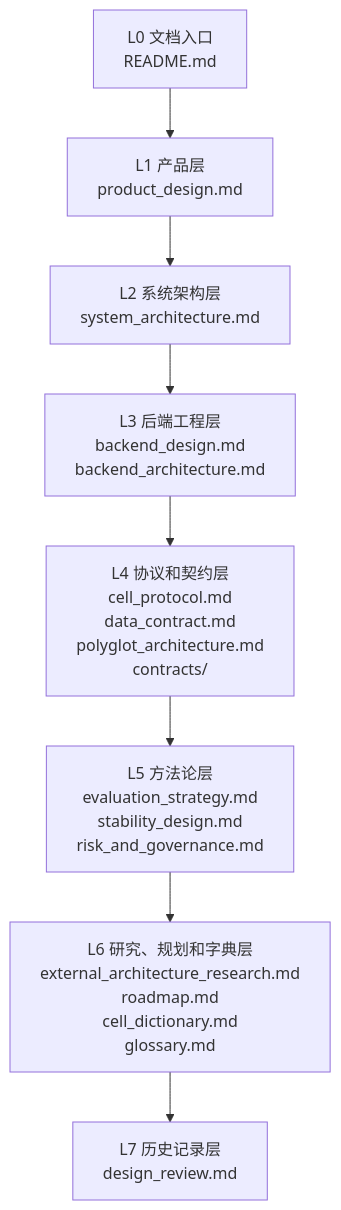
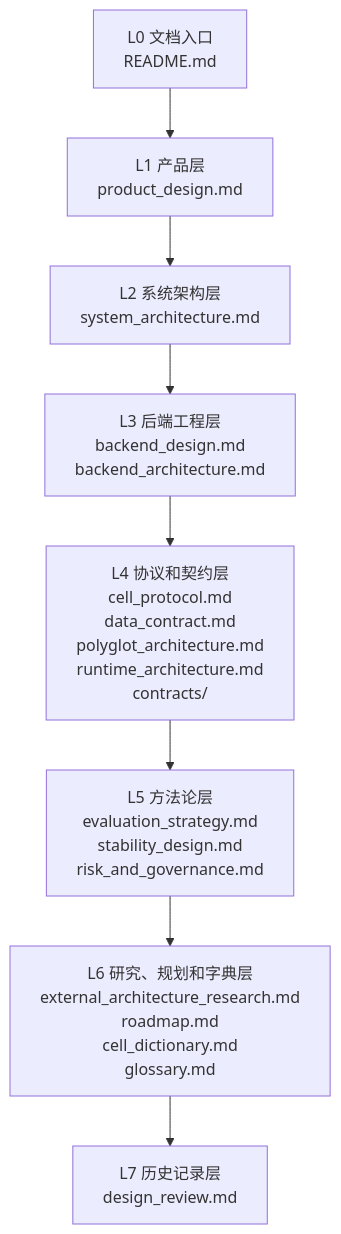
The first of 2 diagrams in docs/documentation_architecture.md (ModWU/market-cell), drawn with Mermaid before and after one commit. The commit also changed other lines of this file and 23 other files, not shown here.

Commit message:
Add runtime architecture and replay foundation

````diff
--- a/docs/documentation_architecture.md
+++ b/docs/documentation_architecture.md
@@ -17,19 +17,19 @@
 ```mermaid
 flowchart TD
     L0["L0 文档入口<br/>README.md"]
     L1["L1 产品层<br/>product_design.md"]
     L2["L2 系统架构层<br/>system_architecture.md"]
     L3["L3 后端工程层<br/>backend_design.md<br/>backend_architecture.md"]
-    L4["L4 协议和契约层<br/>cell_protocol.md<br/>data_contract.md<br/>polyglot_architecture.md<br/>contracts/"]
+    L4["L4 协议和契约层<br/>cell_protocol.md<br/>data_contract.md<br/>polyglot_architecture.md<br/>runtime_architecture.md<br/>contracts/"]
     L5["L5 方法论层<br/>evaluation_strategy.md<br/>stability_design.md<br/>risk_and_governance.md"]
     L6["L6 研究、规划和字典层<br/>external_architecture_research.md<br/>roadmap.md<br/>cell_dictionary.md<br/>glossary.md"]
     L7["L7 历史记录层<br/>design_review.md"]
 
     L0 --> L1
     L1 --> L2
     L2 --> L3
     L3 --> L4
     L4 --> L5
     L5 --> L6
     L6 --> L7
 ```
````
